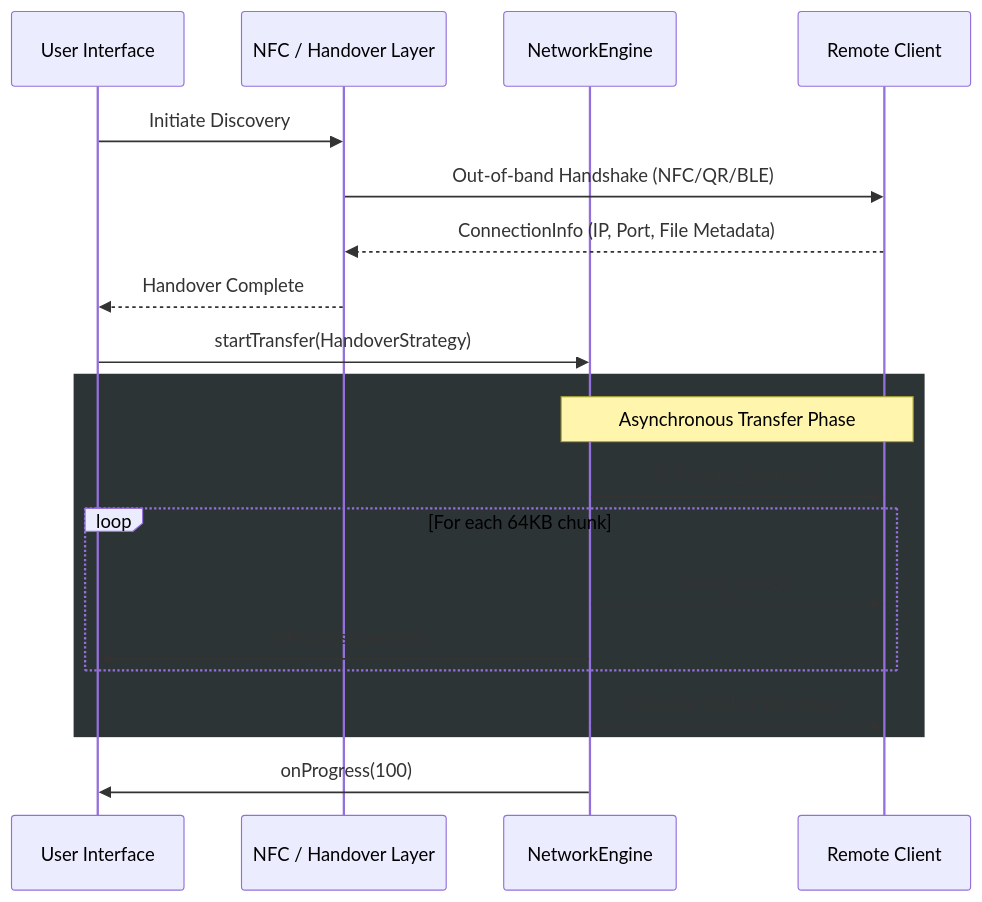
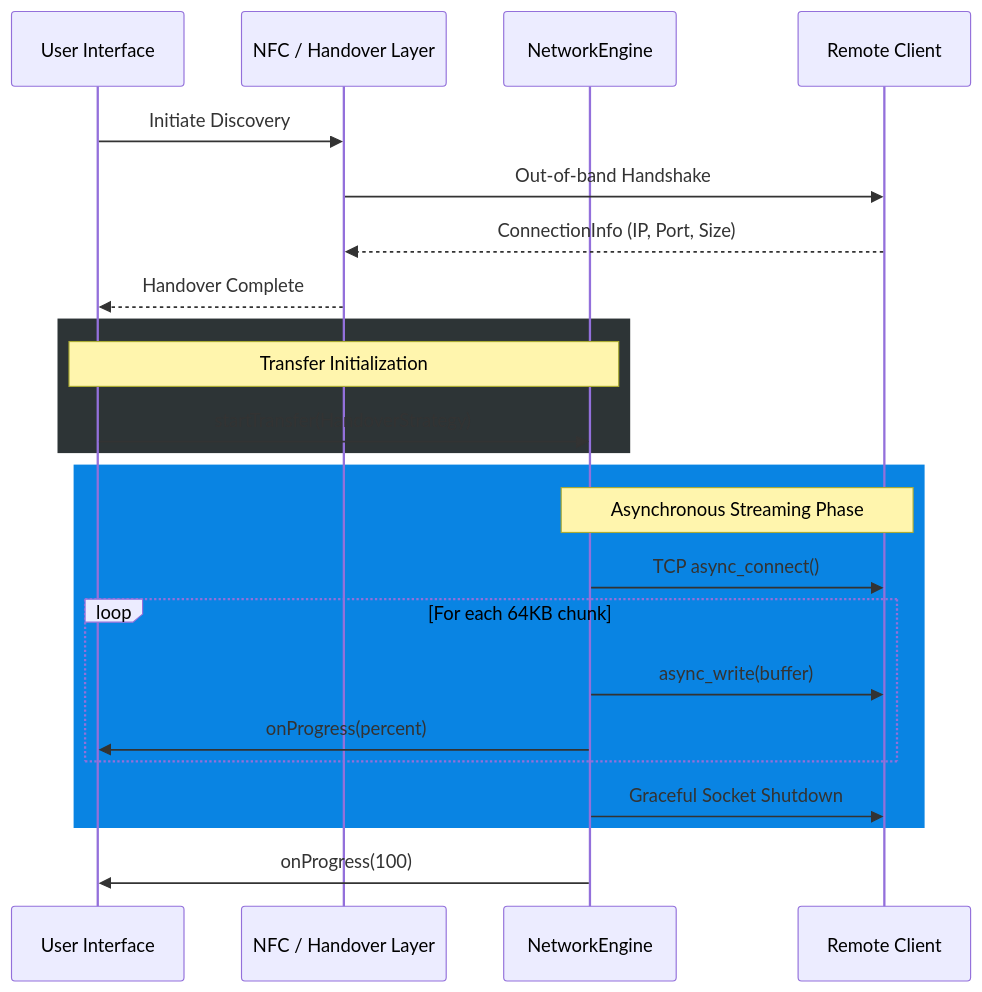
One commit to nilay007hckkr/Anyshare changed the second of 2 diagrams in README.md. Above: the diagram before and after it, drawn with Mermaid. The commit also changed other lines of this file, not shown here.

````diff
--- a/README.md
+++ b/README.md
@@ -44,25 +78,29 @@
 ```mermaid
 sequenceDiagram
     participant UI as User Interface
     participant Handover as NFC / Handover Layer
     participant Engine as NetworkEngine
     participant Remote as Remote Client
 
     UI->>Handover: Initiate Discovery
-    Handover->>Remote: Out-of-band Handshake (NFC/QR/BLE)
-    Remote-->>Handover: ConnectionInfo (IP, Port, File Metadata)
+    Handover->>Remote: Out-of-band Handshake
+    Remote-->>Handover: ConnectionInfo (IP, Port, Size)
     Handover-->>UI: Handover Complete
-    UI->>Engine: startTransfer(HandoverStrategy)
     
     rect rgb(45, 52, 54)
-    Note over Engine,Remote: Asynchronous Transfer Phase
+    Note over UI,Engine: Transfer Initialization
+    UI->>Engine: startTransfer(HandoverStrategy)
+    end
+    
+    rect rgb(9, 132, 227)
+    Note over Engine,Remote: Asynchronous Streaming Phase
     Engine->>Remote: TCP async_connect()
     loop For each 64KB chunk
-        Engine->>Remote: async_write()
+        Engine->>Remote: async_write(buffer)
         Engine->>UI: onProgress(percent)
     end
     Engine->>Remote: Graceful Socket Shutdown
     end
     
     Engine->>UI: onProgress(100)
 ```
````
